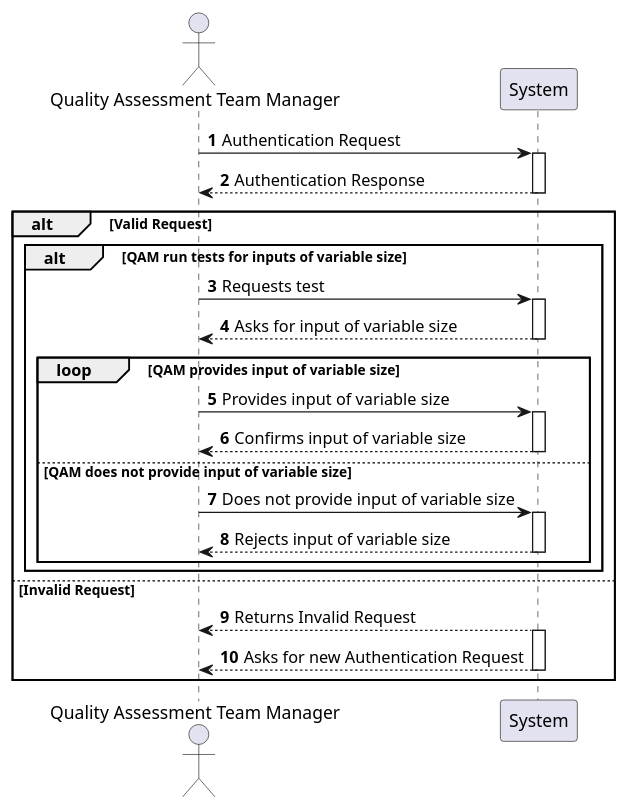
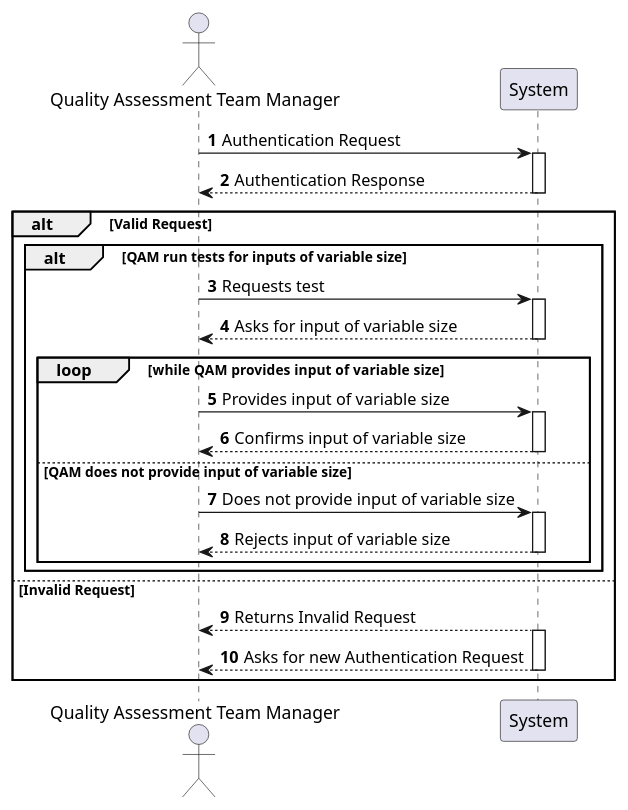
Before and after one commit to RicardoMorim/lapr2-ISEP-Project: the diagram in docs/sprintB/us014/01.requirements-engineering/puml/us014-system-sequence-diagram-alternative-one.puml, drawn with PlantUML. The commit also changed 5 other files, not shown here.

```diff
--- a/docs/sprintB/us014/01.requirements-engineering/puml/us014-system-sequence-diagram-alternative-one.puml
+++ b/docs/sprintB/us014/01.requirements-engineering/puml/us014-system-sequence-diagram-alternative-one.puml
@@ -1,34 +1,34 @@
 @startuml
 'https://plantuml.com/sequence-diagram
 actor "Quality Assessment Team Manager" as QAM
 autonumber
 
 QAM -> System: Authentication Request
 activate System
 System --> QAM: Authentication Response
 deactivate System
 alt Valid Request
     alt QAM run tests for inputs of variable size
         QAM -> System: Requests test
             activate System
             System --> QAM: Asks for input of variable size
             deactivate System
-        loop QAM provides input of variable size
+        loop while  QAM provides input of variable size
             QAM -> System: Provides input of variable size
             activate System
             System --> QAM: Confirms input of variable size
             deactivate System
         else QAM does not provide input of variable size
             QAM -> System: Does not provide input of variable size
             activate System
             System --> QAM: Rejects input of variable size
             deactivate System
         end
     end
     else Invalid Request
         System --> QAM: Returns Invalid Request
         activate System
         System --> QAM: Asks for new Authentication Request
         deactivate System
 end
 @enduml
```
